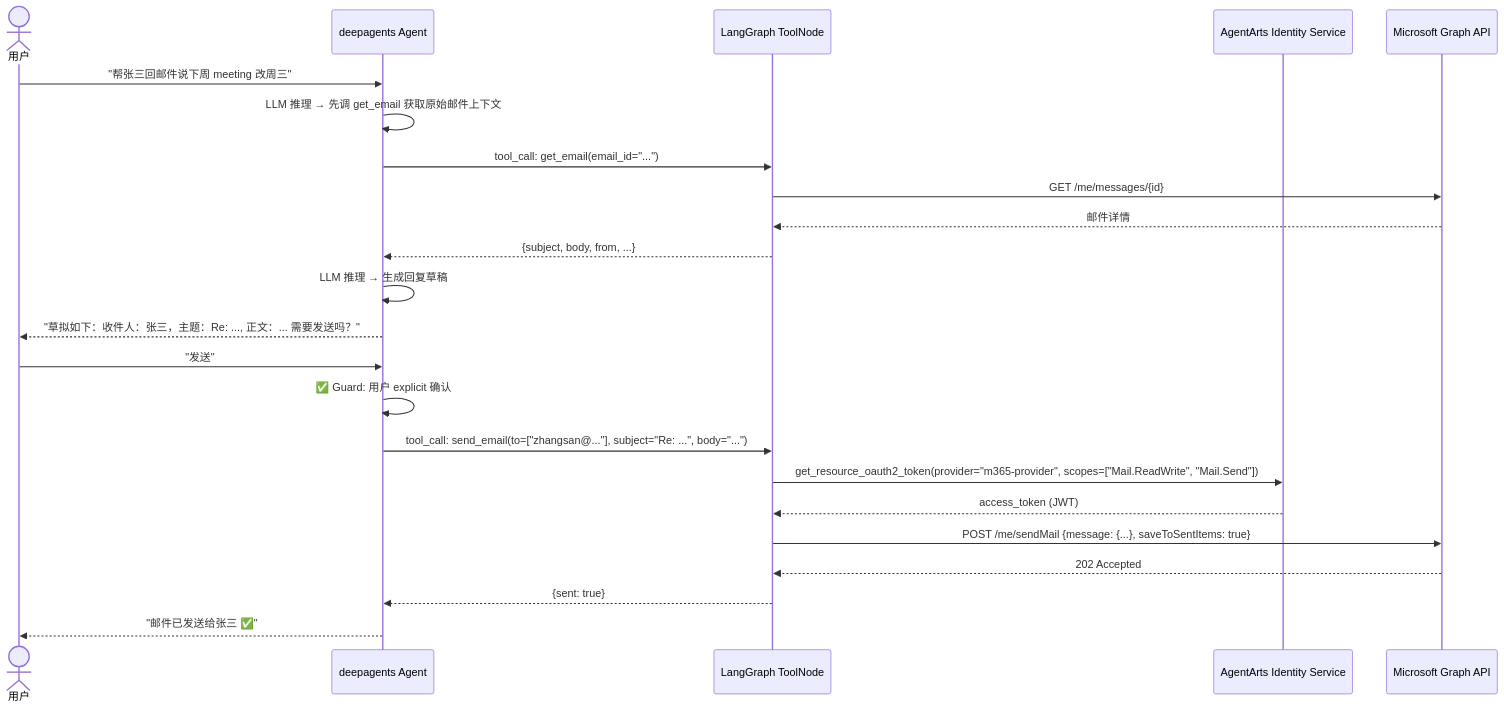
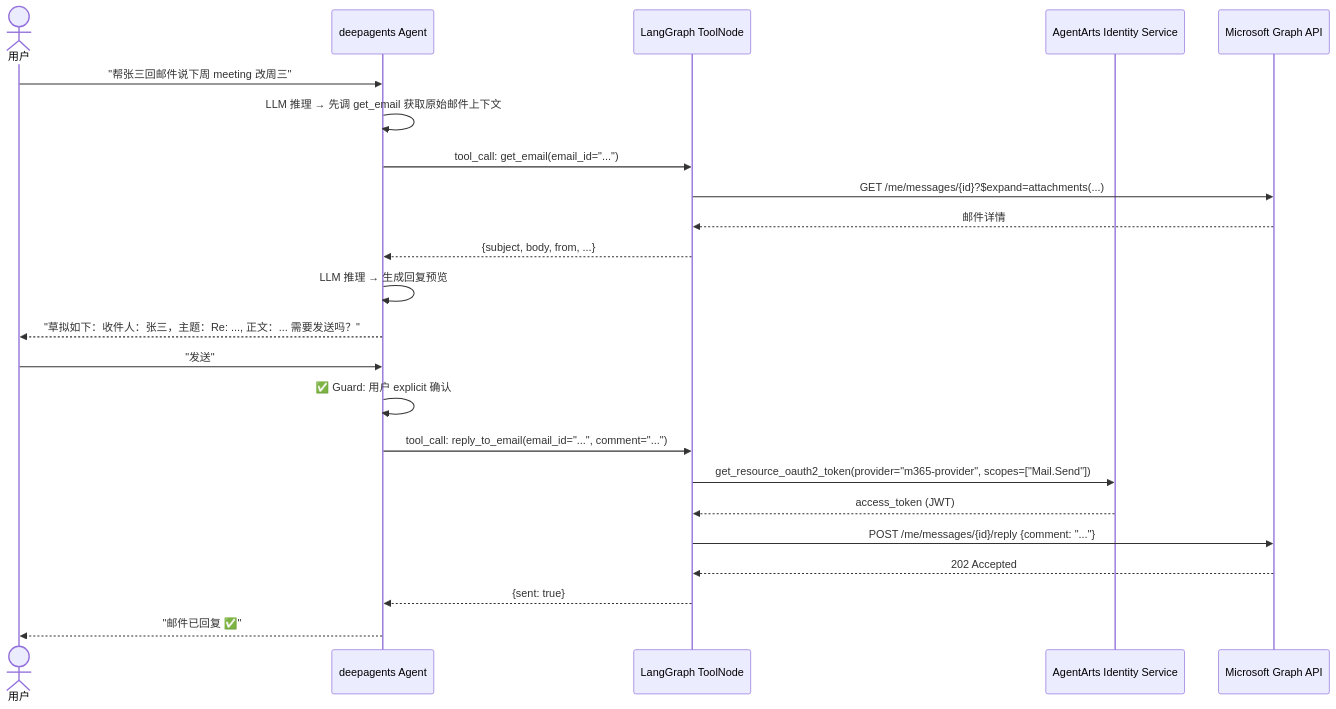
Before and after one commit to T-1009/personal-assistant: the second of 2 diagrams in personal-assistant-meta/issues/features/feature-10-outbound-email-obs/service-plan.md, drawn with Mermaid. The commit also changed other lines of this file and 2 other files, not shown here.

Commit message:
plan: feature-10a-outbound-email — panel review fixes (B1-B4, I1-I3)

````diff
--- a/personal-assistant-meta/issues/features/feature-10-outbound-email-obs/service-plan.md
+++ b/personal-assistant-meta/issues/features/feature-10-outbound-email-obs/service-plan.md
@@ -674,26 +693,26 @@
 ```mermaid
 sequenceDiagram
     actor User as 用户
     participant Agent as deepagents Agent
     participant ToolNode as LangGraph ToolNode
     participant IdSvc as AgentArts Identity Service
     participant GraphAPI as Microsoft Graph API
 
     User->>Agent: "帮张三回邮件说下周 meeting 改周三"
     Agent->>Agent: LLM 推理 → 先调 get_email 获取原始邮件上下文
     Agent->>ToolNode: tool_call: get_email(email_id="...")
-    ToolNode->>GraphAPI: GET /me/messages/{id}
+    ToolNode->>GraphAPI: GET /me/messages/{id}?$expand=attachments(...)
     GraphAPI-->>ToolNode: 邮件详情
     ToolNode-->>Agent: {subject, body, from, ...}
-    Agent->>Agent: LLM 推理 → 生成回复草稿
+    Agent->>Agent: LLM 推理 → 生成回复预览
     Agent-->>User: "草拟如下：收件人：张三，主题：Re: ..., 正文：... 需要发送吗？"
     User->>Agent: "发送"
     Agent->>Agent: ✅ Guard: 用户 explicit 确认
-    Agent->>ToolNode: tool_call: send_email(to=["zhangsan@..."], subject="Re: ...", body="...")
-    ToolNode->>IdSvc: get_resource_oauth2_token(provider="m365-provider", scopes=["Mail.ReadWrite", "Mail.Send"])
+    Agent->>ToolNode: tool_call: reply_to_email(email_id="...", comment="...")
+    ToolNode->>IdSvc: get_resource_oauth2_token(provider="m365-provider", scopes=["Mail.Send"])
     IdSvc-->>ToolNode: access_token (JWT)
-    ToolNode->>GraphAPI: POST /me/sendMail {message: {...}, saveToSentItems: true}
+    ToolNode->>GraphAPI: POST /me/messages/{id}/reply {comment: "..."}
     GraphAPI-->>ToolNode: 202 Accepted
     ToolNode-->>Agent: {sent: true}
-    Agent-->>User: "邮件已发送给张三 ✅"
+    Agent-->>User: "邮件已回复 ✅"
 ```
````
